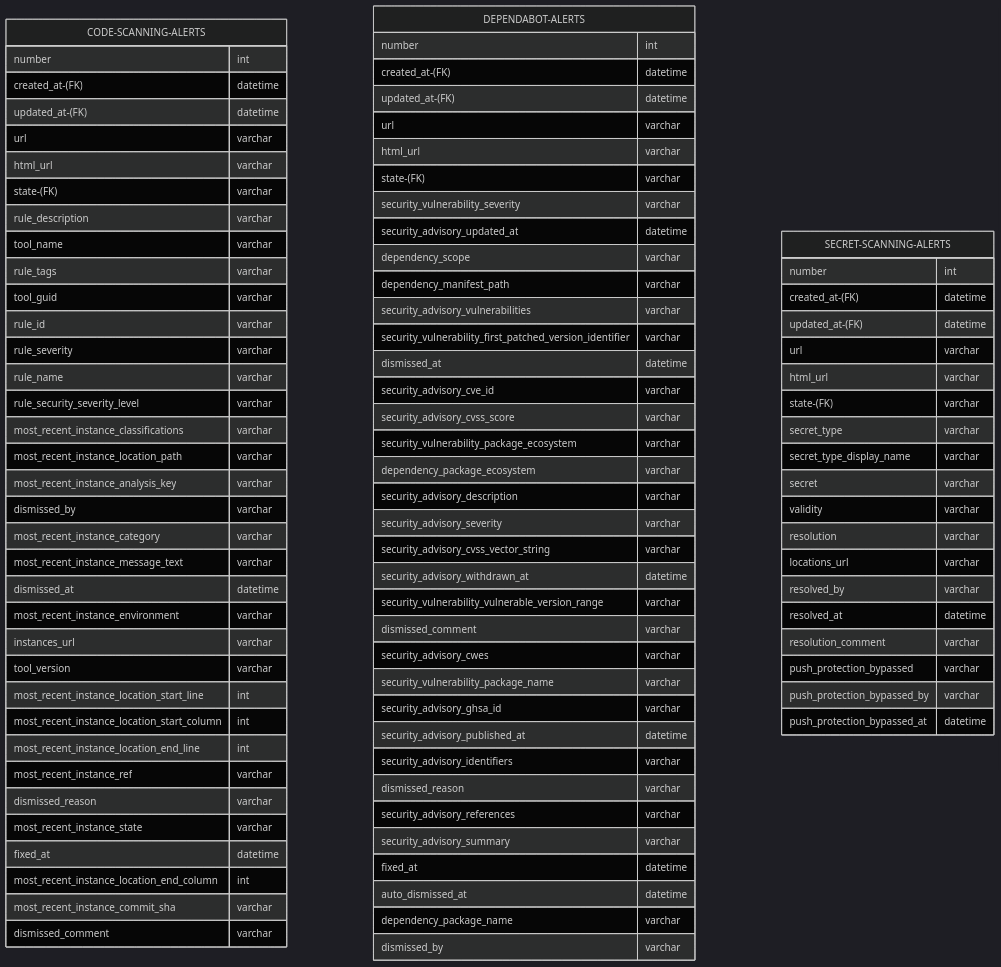
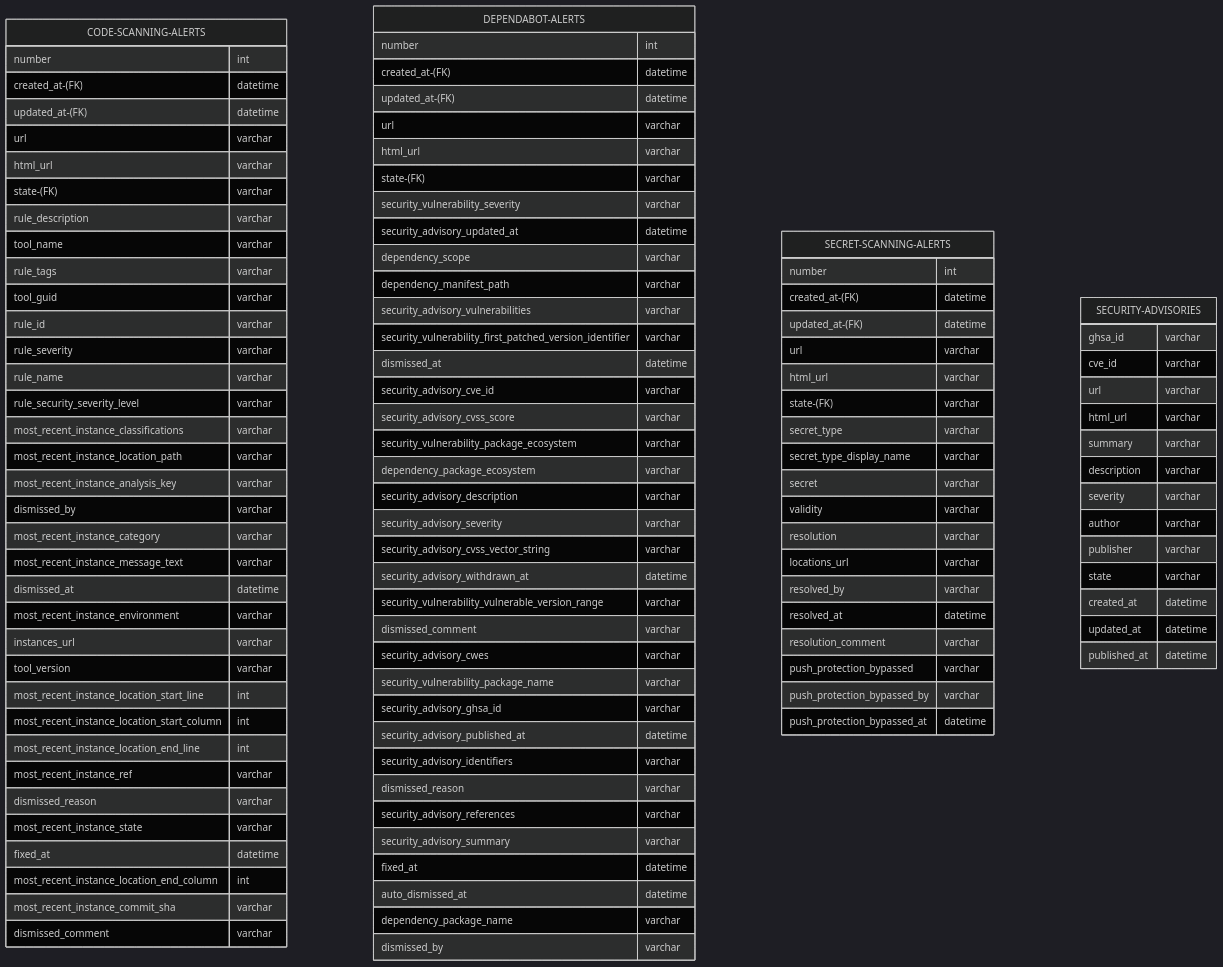
One commit to austimkelly/ghas-utils changed the diagram in pull_all_security_alerts/ghas-security-alerts-erd.md. Above: the diagram before and after it, drawn with Mermaid (dark theme). The commit also changed 7 other files, not shown here.

````diff
--- a/pull_all_security_alerts/ghas-security-alerts-erd.md
+++ b/pull_all_security_alerts/ghas-security-alerts-erd.md
@@ -99,4 +99,21 @@
         push_protection_bypassed_by varchar
         push_protection_bypassed_at datetime
     }
+
+    SECURITY-ADVISORIES {
+        ghsa_id varchar
+        cve_id varchar
+        url varchar
+        html_url varchar
+        summary varchar
+        description varchar
+        severity varchar
+        author varchar
+        publisher varchar
+        state varchar
+        created_at datetime
+        updated_at datetime
+        published_at datetime
+    }
+
 ```
````
